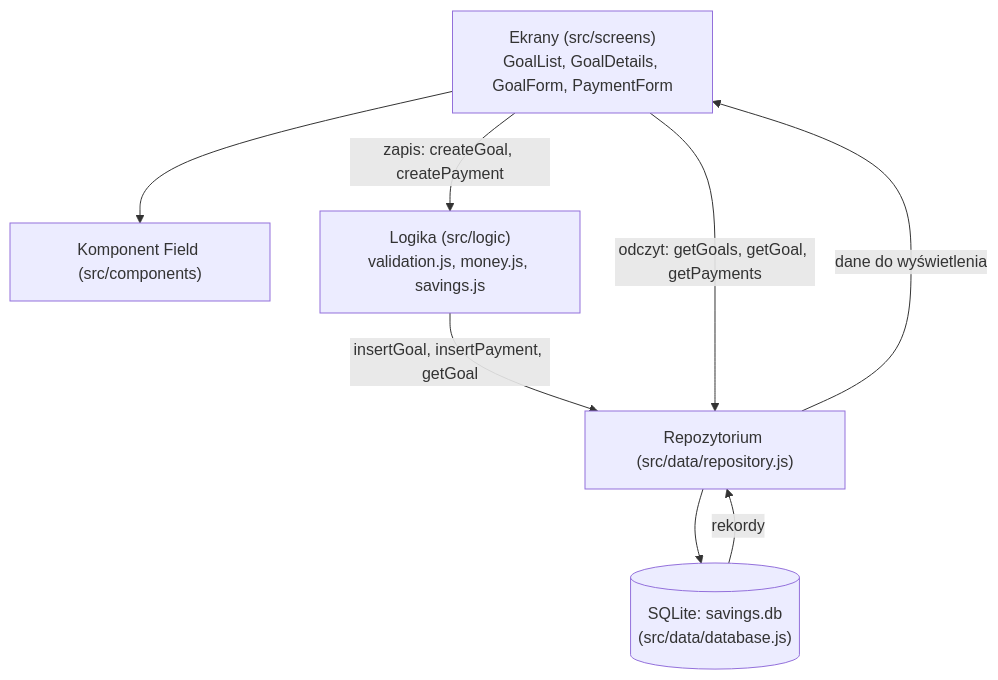
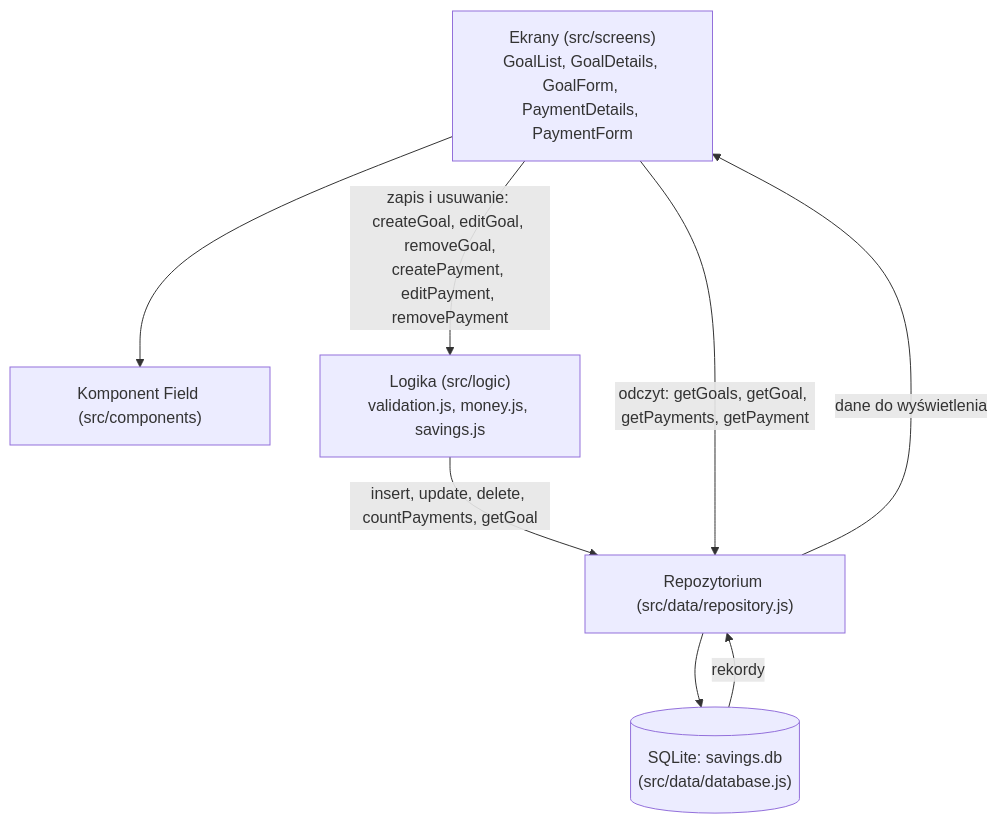
Before and after one commit to dwisniewski299/WSB_Budowa_aplikacji_mobilnych: the first of 2 diagrams in docs/architecture.md, drawn with Mermaid. The commit also changed other lines of this file, not shown here.

Commit message:
docs: update architecture for edit and delete

````diff
--- a/docs/architecture.md
+++ b/docs/architecture.md
@@ -23,16 +23,16 @@
 ```mermaid
 flowchart TD
-    UI["Ekrany (src/screens)<br/>GoalList, GoalDetails, GoalForm, PaymentForm"]
+    UI["Ekrany (src/screens)<br/>GoalList, GoalDetails, GoalForm, PaymentDetails, PaymentForm"]
     FIELD["Komponent Field (src/components)"]
     LOGIC["Logika (src/logic)<br/>validation.js, money.js, savings.js"]
     REPO["Repozytorium (src/data/repository.js)"]
     DB[("SQLite: savings.db<br/>(src/data/database.js)")]
 
     UI --> FIELD
-    UI -->|"zapis: createGoal, createPayment"| LOGIC
-    LOGIC -->|"insertGoal, insertPayment, getGoal"| REPO
-    UI -->|"odczyt: getGoals, getGoal, getPayments"| REPO
+    UI -->|"zapis i usuwanie: createGoal, editGoal, removeGoal,<br/>createPayment, editPayment, removePayment"| LOGIC
+    LOGIC -->|"insert, update, delete, countPayments, getGoal"| REPO
+    UI -->|"odczyt: getGoals, getGoal, getPayments, getPayment"| REPO
     REPO --> DB
     DB -->|"rekordy"| REPO
     REPO -->|"dane do wyświetlenia"| UI
 ```
````
